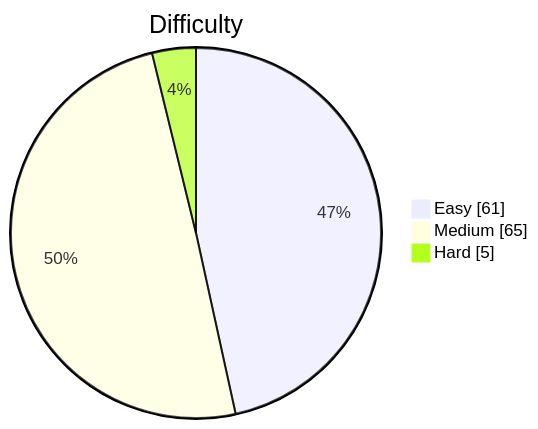
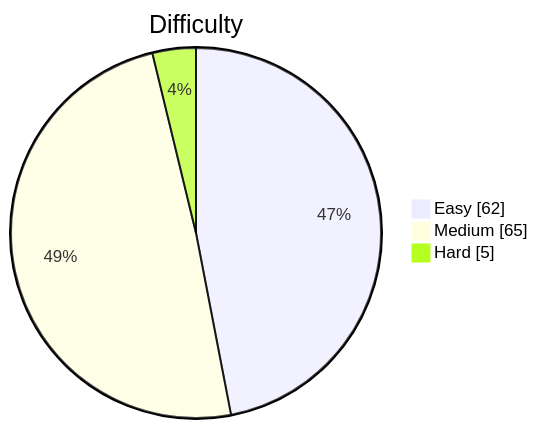
The diagram in README.md (kevstevie/python-algo-practice), drawn with Mermaid before and after one commit. The commit also changed other lines of this file, not shown here.

````diff
--- a/README.md
+++ b/README.md
@@ -13,7 +13,7 @@
 ```mermaid
 pie showData
     title Difficulty
-    "Easy"   : 61
+    "Easy"   : 62
     "Medium" : 65
     "Hard"   : 5
 ```
````
